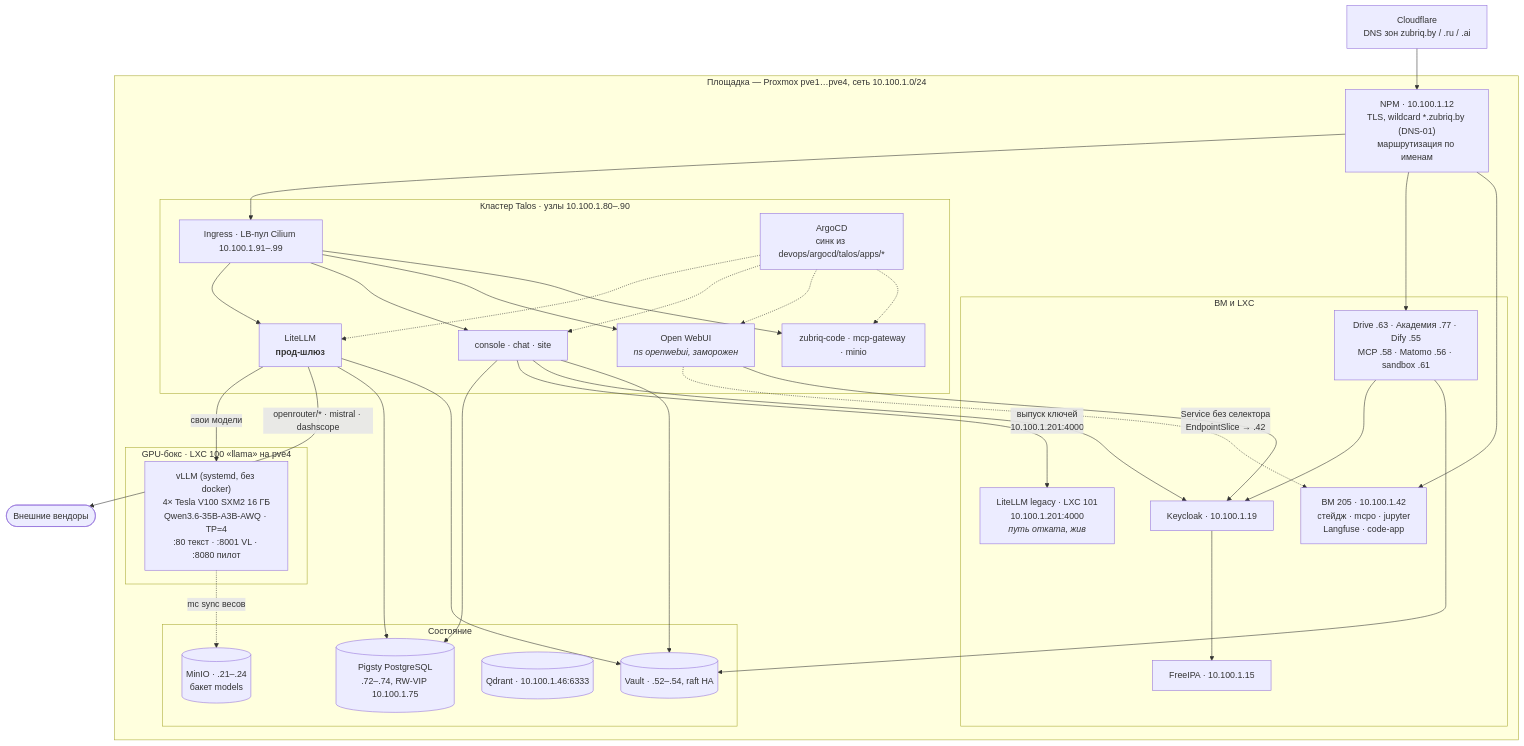
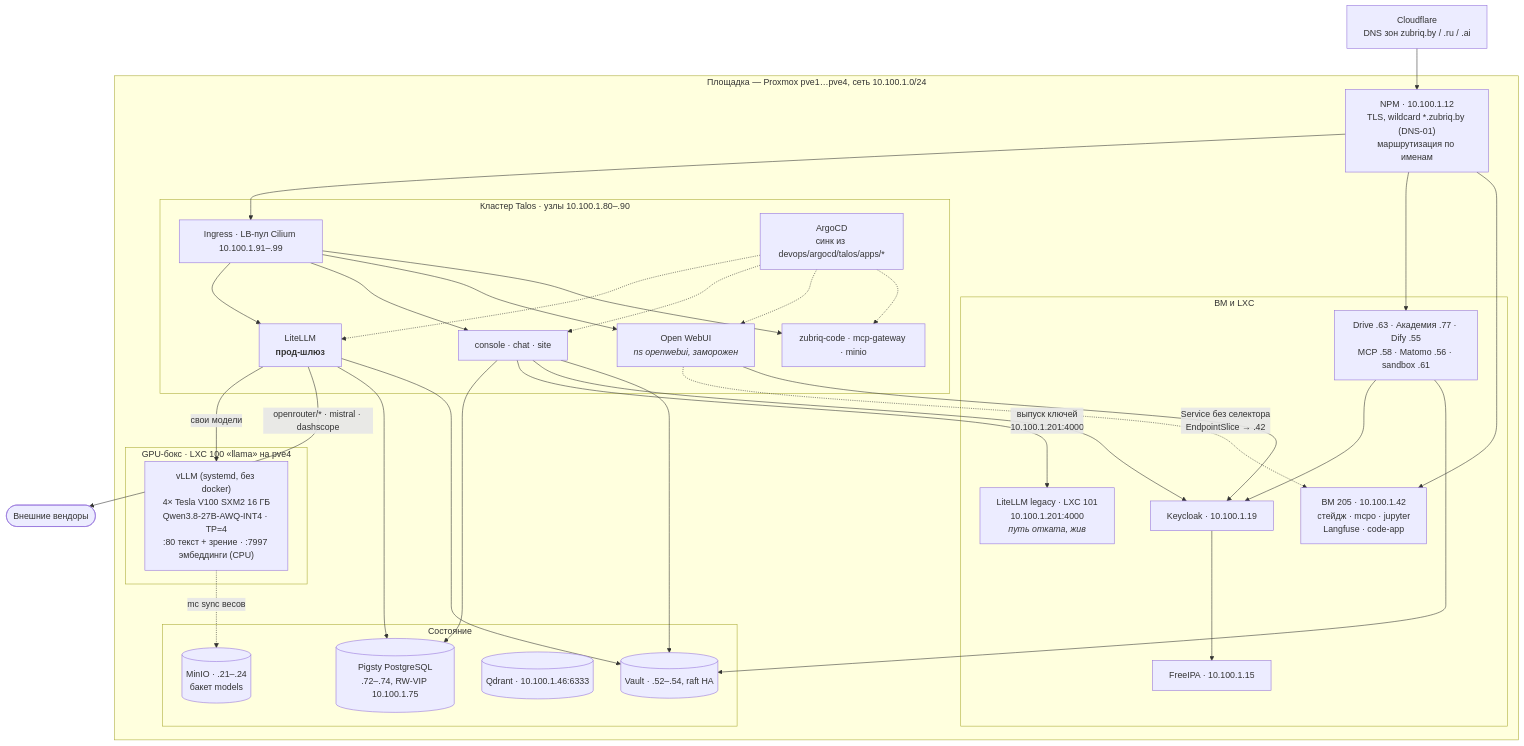
Before and after one commit to ZubikIT/ai-architect: the fourth of 4 diagrams in zubriq-platform/docs/diagrams/c4.md, drawn with Mermaid. The commit also changed other lines of this file and 6 other files, not shown here.

````diff
--- a/zubriq-platform/docs/diagrams/c4.md
+++ b/zubriq-platform/docs/diagrams/c4.md
@@ -153,52 +151,52 @@
 ```mermaid
 flowchart TB
   cf["Cloudflare<br/>DNS зон zubriq.by / .ru / .ai"]
 
   subgraph dc["Площадка — Proxmox pve1…pve4, сеть 10.100.1.0/24"]
     npm["NPM · 10.100.1.12<br/>TLS, wildcard *.zubriq.by (DNS-01)<br/>маршрутизация по именам"]
 
     subgraph k8s["Кластер Talos · узлы 10.100.1.80–.90"]
       ing["Ingress · LB-пул Cilium 10.100.1.91–.99"]
       argo["ArgoCD<br/>синк из devops/argocd/talos/apps/*"]
       lite["LiteLLM<br/><b>прод-шлюз</b>"]
       cons["console · chat · site"]
       owui["Open WebUI<br/><i>ns openwebui, заморожен</i>"]
       zqc["zubriq-code · mcp-gateway · minio"]
     end
 
     subgraph gpu["GPU-бокс · LXC 100 «llama» на pve4"]
-      vllm["vLLM (systemd, без docker)<br/>4× Tesla V100 SXM2 16 ГБ<br/>Qwen3.6-35B-A3B-AWQ · TP=4<br/>:80 текст · :8001 VL · :8080 пилот"]
+      vllm["vLLM (systemd, без docker)<br/>4× Tesla V100 SXM2 16 ГБ<br/>Qwen3.8-27B-AWQ-INT4 · TP=4<br/>:80 текст + зрение · :7997 эмбеддинги (CPU)"]
     end
 
     subgraph vms["ВМ и LXC"]
       lite2["LiteLLM legacy · LXC 101<br/>10.100.1.201:4000<br/><i>путь отката, жив</i>"]
       v205["ВМ 205 · 10.100.1.42<br/>стейдж · mcpo · jupyter<br/>Langfuse · code-app"]
       other["Drive .63 · Академия .77 · Dify .55<br/>MCP .58 · Matomo .56 · sandbox .61"]
       kc["Keycloak · 10.100.1.19"]
       ipa["FreeIPA · 10.100.1.15"]
     end
 
     subgraph state["Состояние"]
       pg[("Pigsty PostgreSQL<br/>.72–.74, RW-VIP 10.100.1.75")]
       minio[("MinIO · .21–.24<br/>бакет models")]
       qd[("Qdrant · 10.100.1.46:6333")]
       vault[("Vault · .52–.54, raft HA")]
     end
   end
 
   cf --> npm
   npm --> ing
   npm --> other & v205
   ing --> lite & cons & owui & zqc
   lite -->|"свои модели"| vllm
   lite -->|"openrouter/* · mistral · dashscope"| ext(["Внешние вендоры"])
   lite --> pg
   cons --> pg
   cons -->|"выпуск ключей<br/>10.100.1.201:4000"| lite2
   owui -.->|"Service без селектора<br/>EndpointSlice → .42"| v205
   vllm -.->|"mc sync весов"| minio
   kc --> ipa
   cons & owui & other --> kc
   lite & cons & other --> vault
   argo -.-> lite & cons & owui & zqc
 ```
````
